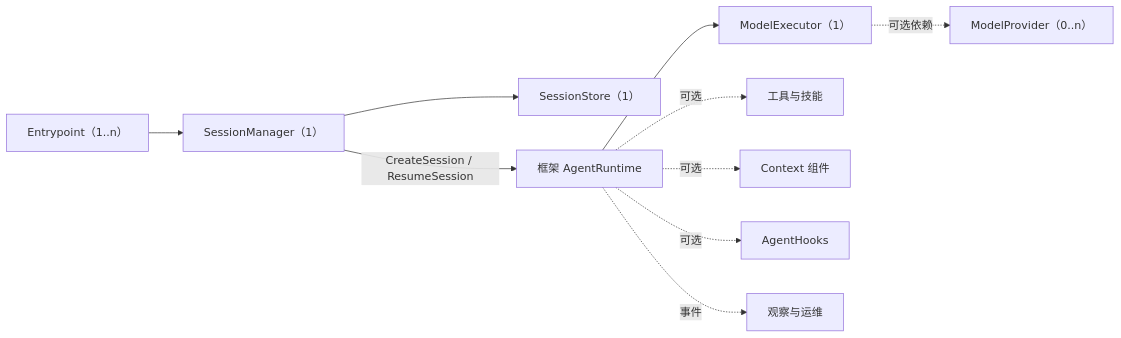
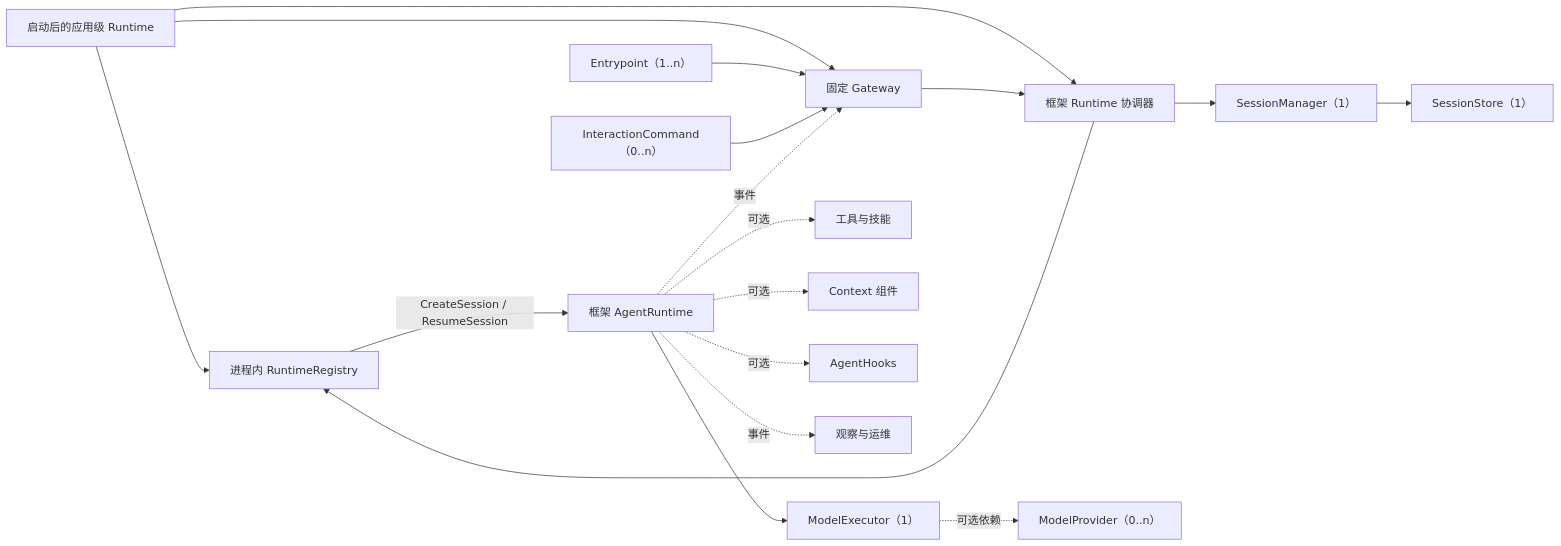
Before and after one commit to LyleLiu666/agentSlot: the diagram in COMPONENT_MAP.zh-CN.md, drawn with Mermaid. The commit also changed other lines of this file and 8 other files, not shown here.

Commit message:
docs: establish complete agent architecture baseline

````diff
--- a/COMPONENT_MAP.zh-CN.md
+++ b/COMPONENT_MAP.zh-CN.md
@@ -68,12 +87,20 @@
 ```mermaid
 flowchart LR
-    E["Entrypoint（1..n）"] --> SM["SessionManager（1）"]
+    AR["启动后的应用级 Runtime"] --> REG["进程内 RuntimeRegistry"]
+    AR --> RC["框架 Runtime 协调器"]
+    AR --> G["固定 Gateway"]
+    RC --> REG
+    E["Entrypoint（1..n）"] --> G
+    IC["InteractionCommand（0..n）"] --> G
+    G --> RC
+    RC --> SM["SessionManager（1）"]
     SM --> SS["SessionStore（1）"]
-    SM -->|"CreateSession / ResumeSession"| R["框架 AgentRuntime"]
+    REG -->|"CreateSession / ResumeSession"| R["框架 AgentRuntime"]
     R --> ME["ModelExecutor（1）"]
     ME -. "可选依赖" .-> MP["ModelProvider（0..n）"]
     R -. "可选" .-> T["工具与技能"]
     R -. "可选" .-> C["Context 组件"]
     R -. "可选" .-> H["AgentHooks"]
+    R -. "事件" .-> G
     R -. "事件" .-> O["观察与运维"]
 ```
````
